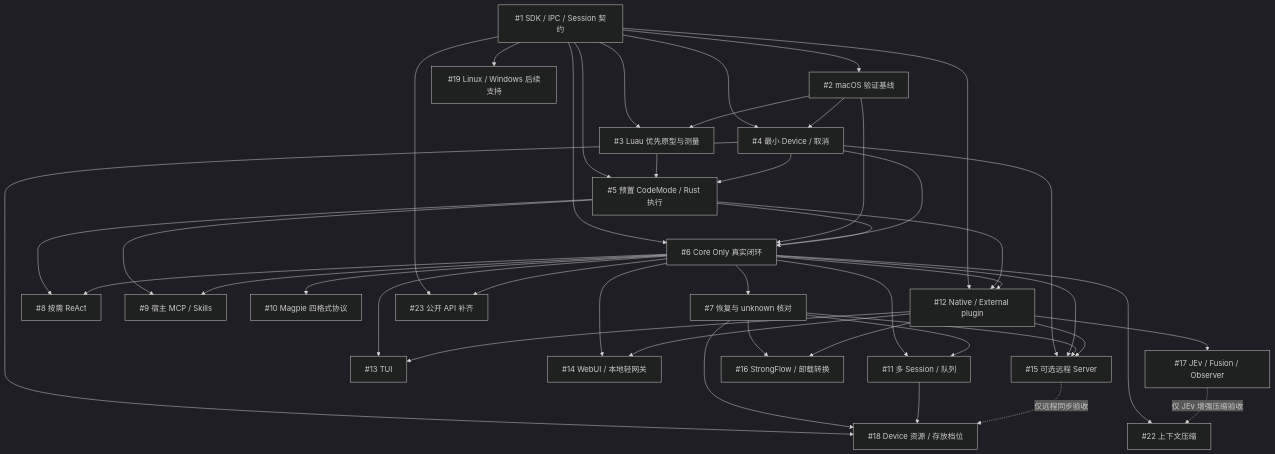
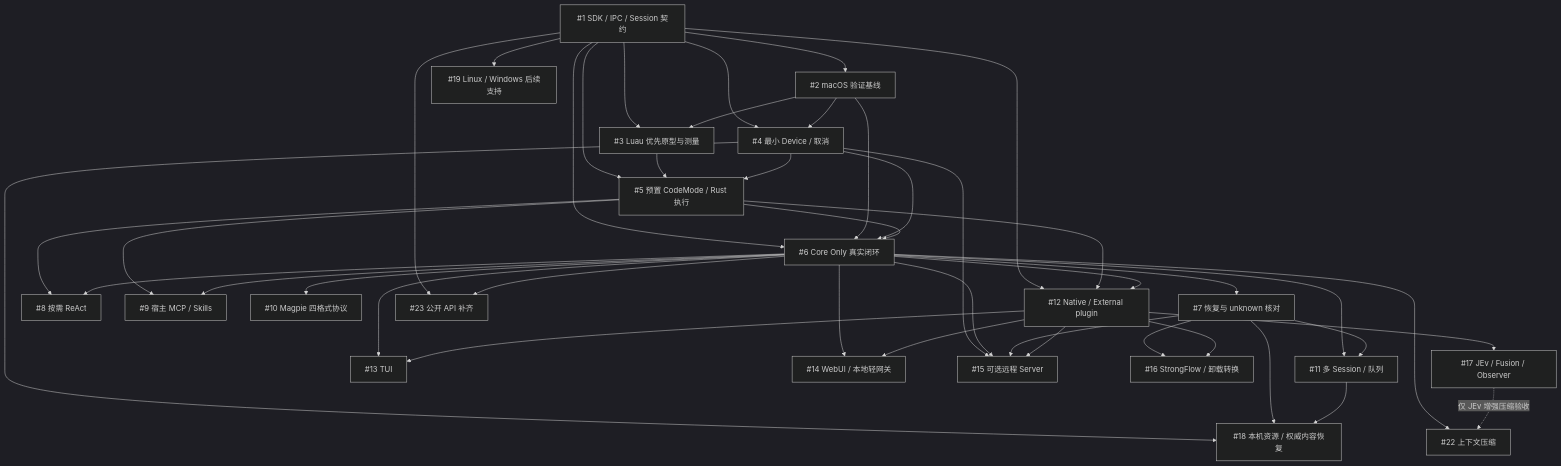
Before and after one commit to changw98ic/CAYW: the diagram in docs/development-map.md, drawn with Mermaid (dark theme). The commit also changed other lines of this file and 141 other files, not shown here.

````diff
--- a/docs/development-map.md
+++ b/docs/development-map.md
@@ -95,67 +97,66 @@
 ```mermaid
 flowchart TD
   I1["#1 SDK / IPC / Session 契约"]
   I2["#2 macOS 验证基线"]
   I3["#3 Luau 优先原型与测量"]
   I4["#4 最小 Device / 取消"]
   I5["#5 预置 CodeMode / Rust 执行"]
   I6["#6 Core Only 真实闭环"]
   I7["#7 恢复与 unknown 核对"]
   I8["#8 按需 ReAct"]
   I9["#9 宿主 MCP / Skills"]
   I10["#10 Magpie 四格式协议"]
   I11["#11 多 Session / 队列"]
   I12["#12 Native / External plugin"]
   I13["#13 TUI"]
   I14["#14 WebUI / 本地轻网关"]
   I15["#15 可选远程 Server"]
   I16["#16 StrongFlow / 卸载转换"]
   I17["#17 JEv / Fusion / Observer"]
-  I18["#18 Device 资源 / 存放档位"]
+  I18["#18 本机资源 / 权威内容恢复"]
   I19["#19 Linux / Windows 后续支持"]
   I22["#22 上下文压缩"]
   I23["#23 公开 API 补齐"]
   I1 --> I19
   I1 --> I2
   I1 --> I3
   I2 --> I3
   I1 --> I4
   I2 --> I4
   I1 --> I5
   I3 --> I5
   I4 --> I5
   I1 --> I6
   I2 --> I6
   I4 --> I6
   I5 --> I6
   I6 --> I7
   I5 --> I8
   I6 --> I8
   I5 --> I9
   I6 --> I9
   I6 --> I10
   I6 --> I11
   I7 --> I11
   I1 --> I12
   I5 --> I12
   I6 --> I12
   I6 --> I13
   I12 --> I13
   I6 --> I14
   I12 --> I14
   I4 --> I15
   I6 --> I15
   I7 --> I15
   I12 --> I15
   I7 --> I16
   I12 --> I16
   I12 --> I17
   I4 --> I18
   I7 --> I18
   I11 --> I18
-  I15 -. 仅远程同步验收 .-> I18
   I6 --> I22
   I17 -. 仅 JEv 增强压缩验收 .-> I22
   I1 --> I23
   I6 --> I23
 ```
````
